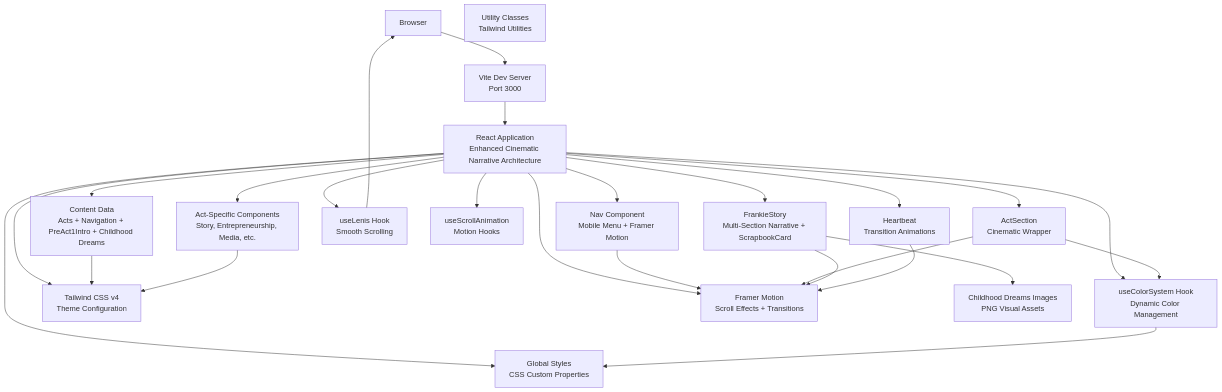
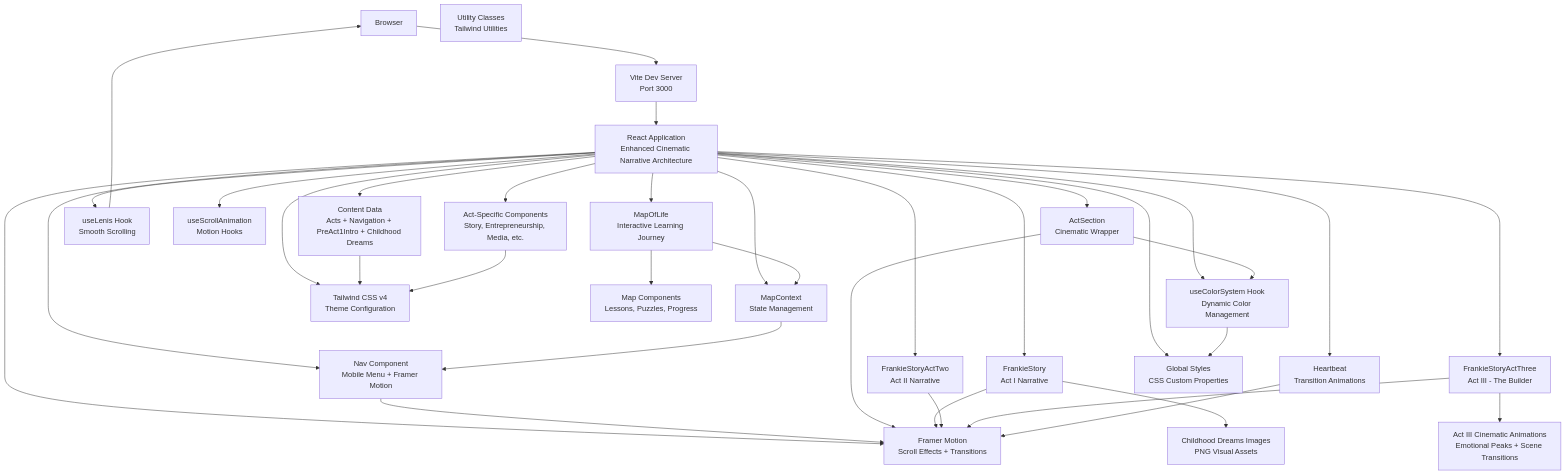
One commit to rakeshmaity271/frankie-picasso changed the fifth of 12 diagrams in .qoder/repowiki/en/content/Application Architecture.md. Above: the diagram before and after it, drawn with Mermaid. The commit also changed other lines of this file and 24 other files, not shown here.

````diff
--- a/.qoder/repowiki/en/content/Application Architecture.md
+++ b/.qoder/repowiki/en/content/Application Architecture.md
@@ -468,44 +658,60 @@
 ```mermaid
 graph TB
 Browser["Browser"]
 ViteDev["Vite Dev Server<br/>Port 3000"]
 ReactApp["React Application<br/>Enhanced Cinematic Narrative Architecture"]
 Nav["Nav Component<br/>Mobile Menu + Framer Motion"]
 ActSection["ActSection<br/>Cinematic Wrapper"]
-FrankieStory["FrankieStory<br/>Multi-Section Narrative + ScrapbookCard"]
+FrankieStory["FrankieStory<br/>Act I Narrative"]
+FrankieStoryActTwo["FrankieStoryActTwo<br/>Act II Narrative"]
+FrankieStoryActThree["FrankieStoryActThree<br/>Act III - The Builder"]
+MapOfLife["MapOfLife<br/>Interactive Learning Journey"]
+MapContext["MapContext<br/>State Management"]
 Heartbeat["Heartbeat<br/>Transition Animations"]
 ColorSystem["useColorSystem Hook<br/>Dynamic Color Management"]
 Lenis["useLenis Hook<br/>Smooth Scrolling"]
 ScrollAnimation["useScrollAnimation<br/>Motion Hooks"]
 Content["Content Data<br/>Acts + Navigation + PreAct1Intro + Childhood Dreams"]
 Tailwind["Tailwind CSS v4<br/>Theme Configuration"]
 Components["Act-Specific Components<br/>Story, Entrepreneurship, Media, etc."]
 Animations["Framer Motion<br/>Scroll Effects + Transitions"]
 Styles["Global Styles<br/>CSS Custom Properties"]
 Utilities["Utility Classes<br/>Tailwind Utilities"]
 Images["Childhood Dreams Images<br/>PNG Visual Assets"]
+MapComponents["Map Components<br/>Lessons, Puzzles, Progress"]
+ActIIIAnimations["Act III Cinematic Animations<br/>Emotional Peaks + Scene Transitions"]
 Browser --> ViteDev
 ViteDev --> ReactApp
 ReactApp --> Nav
 ReactApp --> ActSection
 ReactApp --> FrankieStory
+ReactApp --> FrankieStoryActTwo
+ReactApp --> FrankieStoryActThree
+ReactApp --> MapOfLife
+ReactApp --> MapContext
 ReactApp --> Heartbeat
 ReactApp --> ColorSystem
 ReactApp --> Lenis
 ReactApp --> ScrollAnimation
 ReactApp --> Content
 ReactApp --> Tailwind
 ReactApp --> Components
 ReactApp --> Animations
 ReactApp --> Styles
 Nav --> Animations
 ActSection --> Animations
 ActSection --> ColorSystem
 FrankieStory --> Images
 FrankieStory --> Animations
+FrankieStoryActTwo --> Animations
+FrankieStoryActThree --> ActIIIAnimations
+FrankieStoryActThree --> Animations
+MapOfLife --> MapComponents
+MapOfLife --> MapContext
+MapContext --> Nav
 Heartbeat --> Animations
 Lenis --> Browser
 ColorSystem --> Styles
 Content --> Tailwind
 Components --> Tailwind
 ```
````
